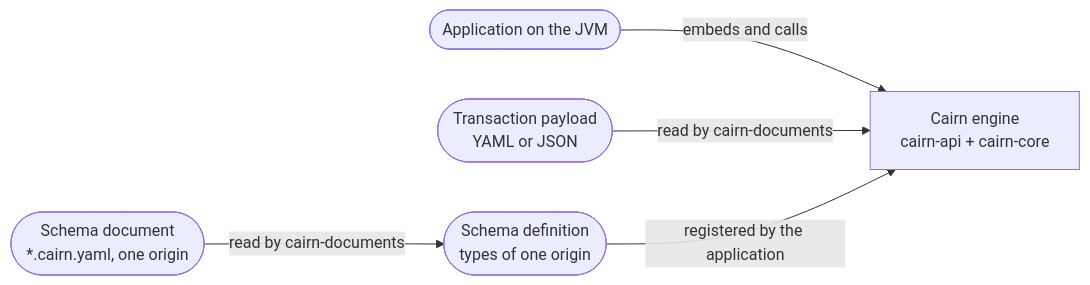
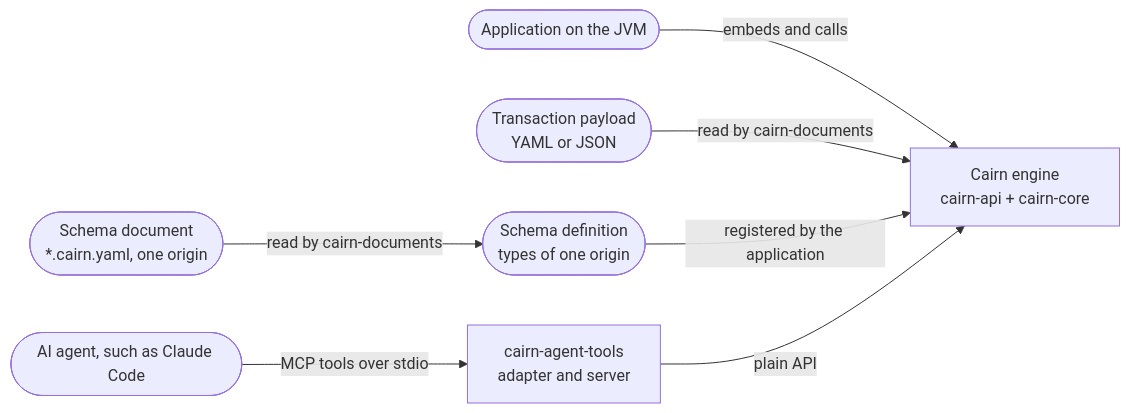
One commit to enricoag1982/Cairn changed the first of 3 diagrams in docs/architecture/README.md. Above: the diagram before and after it, drawn with Mermaid. The commit also changed other lines of this file and 3 other files, not shown here.

First line of the commit message:
docs: describe agent tools in the architecture, a guide and the status lines

````diff
--- a/docs/architecture/README.md
+++ b/docs/architecture/README.md
@@ -33,7 +33,9 @@
 ```mermaid
 flowchart LR
     app([Application on the JVM]) -->|embeds and calls| cairn[Cairn engine<br/>cairn-api + cairn-core]
     doc([Schema document<br/>*.cairn.yaml, one origin]) -->|read by cairn-documents| model([Schema definition<br/>types of one origin])
     payload([Transaction payload<br/>YAML or JSON]) -->|read by cairn-documents| cairn
     model -->|registered by the application| cairn
+    agent([AI agent, such as Claude Code]) -->|MCP tools over stdio| tools[cairn-agent-tools<br/>adapter and server]
+    tools -->|plain API| cairn
 ```
````
